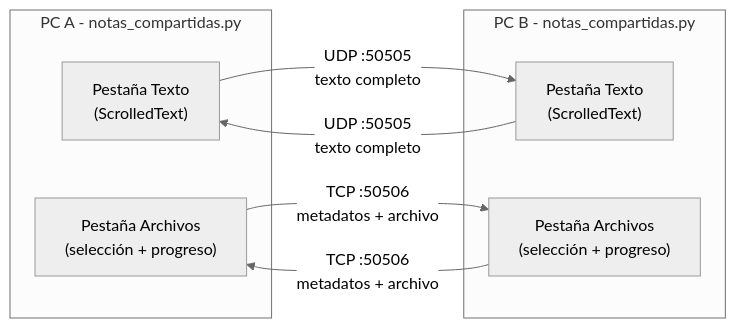
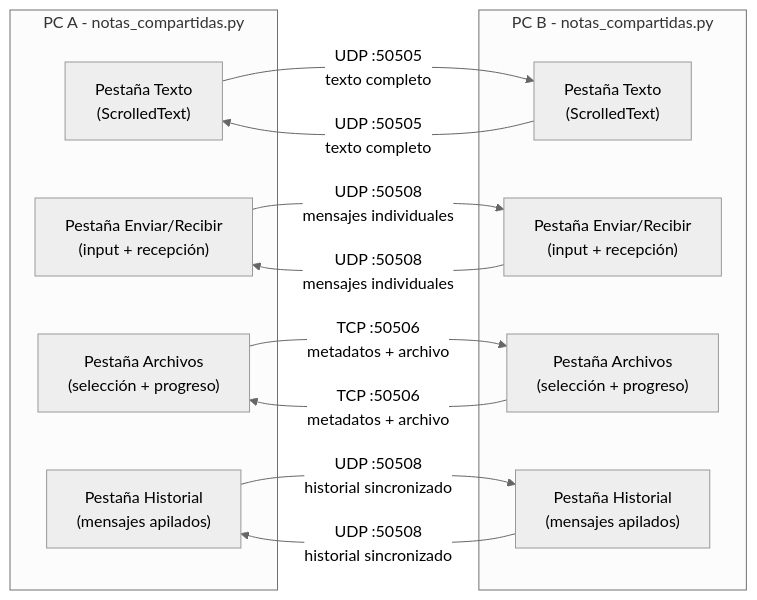
Before and after one commit to MauricioBelforte/compartidor-local: the first of 2 diagrams in DOCUMENTACION/2-DOCUMENTO-DISENO-ACTUAL.md, drawn with Mermaid (neutral theme). The commit also changed other lines of this file and 16 other files, not shown here.

````diff
--- a/DOCUMENTACION/2-DOCUMENTO-DISENO-ACTUAL.md
+++ b/DOCUMENTACION/2-DOCUMENTO-DISENO-ACTUAL.md
@@ -10,15 +11,23 @@
 ```mermaid
 flowchart LR
     subgraph PC_A["PC A - notas_compartidas.py"]
         T1["Pestaña Texto<br/>(ScrolledText)"]
+        M1["Pestaña Enviar/Recibir<br/>(input + recepción)"]
         A1["Pestaña Archivos<br/>(selección + progreso)"]
+        H1["Pestaña Historial<br/>(mensajes apilados)"]
     end
     subgraph PC_B["PC B - notas_compartidas.py"]
         T2["Pestaña Texto<br/>(ScrolledText)"]
+        M2["Pestaña Enviar/Recibir<br/>(input + recepción)"]
         A2["Pestaña Archivos<br/>(selección + progreso)"]
+        H2["Pestaña Historial<br/>(mensajes apilados)"]
     end
     T1 -- "UDP :50505<br/>texto completo" --> T2
     T2 -- "UDP :50505<br/>texto completo" --> T1
+    M1 -- "UDP :50508<br/>mensajes individuales" --> M2
+    M2 -- "UDP :50508<br/>mensajes individuales" --> M1
+    H1 -- "UDP :50508<br/>historial sincronizado" --> H2
+    H2 -- "UDP :50508<br/>historial sincronizado" --> H1
     A1 -- "TCP :50506<br/>metadatos + archivo" --> A2
     A2 -- "TCP :50506<br/>metadatos + archivo" --> A1
 ```
````
